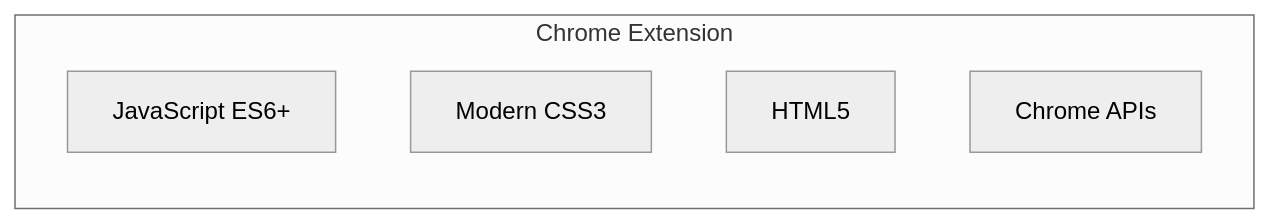
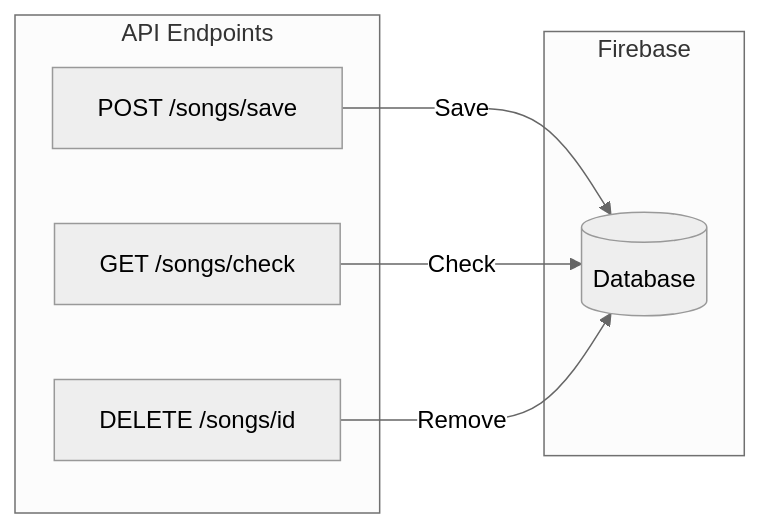
The eighth of 14 diagrams in README.md (KrishnaKumarSoni/beatscript), drawn with Mermaid (neutral theme) before and after one commit. The commit also changed other lines of this file and 3 other files, not shown here.

````diff
--- a/README.md
+++ b/README.md
@@ -175,9 +233,16 @@
 ```mermaid
 graph LR
-    subgraph "Chrome Extension"
-        JS[JavaScript ES6+]
-        CSS[Modern CSS3]
-        HTML[HTML5]
-        API[Chrome APIs]
+    subgraph "API Endpoints"
+        S[POST /songs/save]
+        C[GET /songs/check]
+        D[DELETE /songs/id]
     end
+    
+    subgraph "Firebase"
+        FB[(Database)]
+    end
+    
+    S -->|Save| FB
+    C -->|Check| FB
+    D -->|Remove| FB
 ```
````
